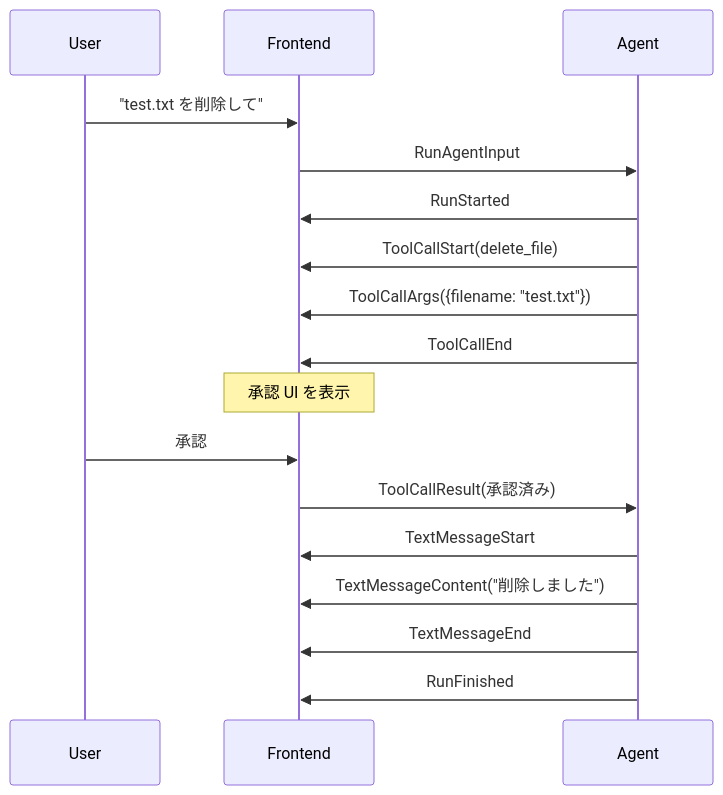
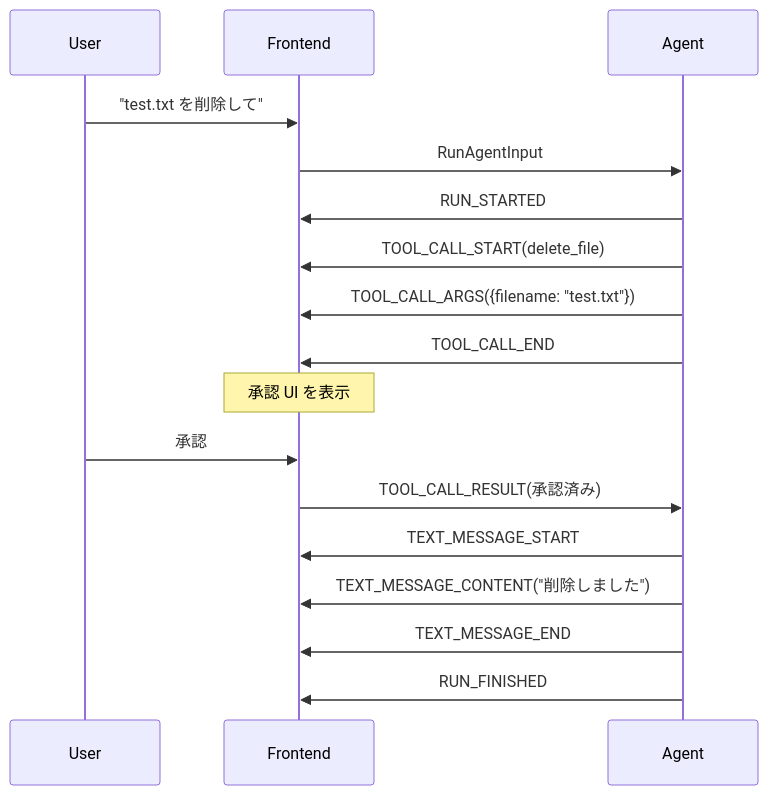
One commit to yoichiozaki/yoichiozaki.github.io changed diagram 11 of 12 in content/blog/ja/ag-ui-protocol.mdx. Above: the diagram before and after it, drawn with Mermaid. The commit also changed other lines of this file and 88 other files, not shown here.

````diff
--- a/content/blog/ja/ag-ui-protocol.mdx
+++ b/content/blog/ja/ag-ui-protocol.mdx
@@ -768,19 +773,19 @@
 ```mermaid
 sequenceDiagram
     participant U as User
     participant F as Frontend
     participant A as Agent
     U->>F: "test.txt を削除して"
     F->>A: RunAgentInput
-    A->>F: RunStarted
-    A->>F: ToolCallStart(delete_file)
-    A->>F: ToolCallArgs({filename: "test.txt"})
-    A->>F: ToolCallEnd
+    A->>F: RUN_STARTED
+    A->>F: TOOL_CALL_START(delete_file)
+    A->>F: TOOL_CALL_ARGS({filename: "test.txt"})
+    A->>F: TOOL_CALL_END
     Note over F: 承認 UI を表示
     U->>F: 承認
-    F->>A: ToolCallResult(承認済み)
-    A->>F: TextMessageStart
-    A->>F: TextMessageContent("削除しました")
-    A->>F: TextMessageEnd
-    A->>F: RunFinished
+    F->>A: TOOL_CALL_RESULT(承認済み)
+    A->>F: TEXT_MESSAGE_START
+    A->>F: TEXT_MESSAGE_CONTENT("削除しました")
+    A->>F: TEXT_MESSAGE_END
+    A->>F: RUN_FINISHED
 ```
````
